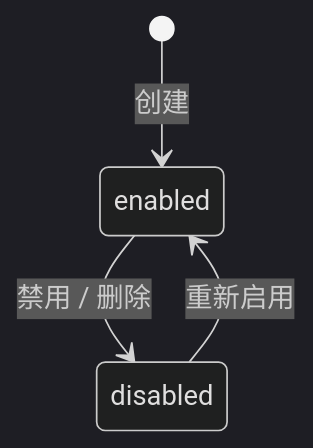
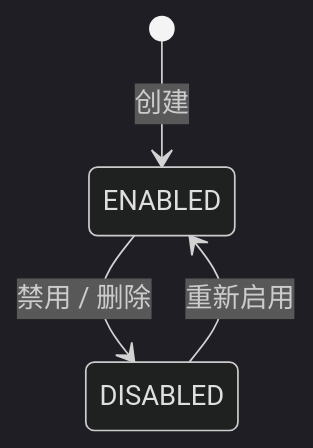
The second of 2 diagrams in neo/design/docs/technical/workspaces/interceptor.md (zhaoxin34/matrix), drawn with Mermaid (dark theme) before and after one commit. The commit also changed other lines of this file and 1 other file, not shown here.

````diff
--- a/neo/design/docs/technical/workspaces/interceptor.md
+++ b/neo/design/docs/technical/workspaces/interceptor.md
@@ -101,6 +99,6 @@
 ```mermaid
 stateDiagram-v2
-    [*] --> enabled: 创建
-    enabled --> disabled: 禁用 / 删除
-    disabled --> enabled: 重新启用
+    [*] --> ENABLED: 创建
+    ENABLED --> DISABLED: 禁用 / 删除
+    DISABLED --> ENABLED: 重新启用
 ```
````
